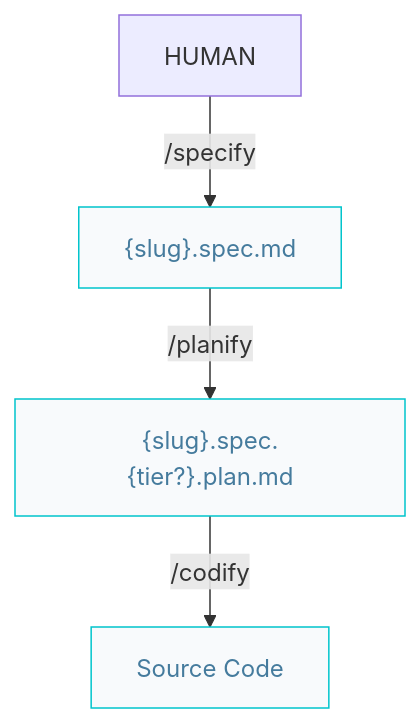
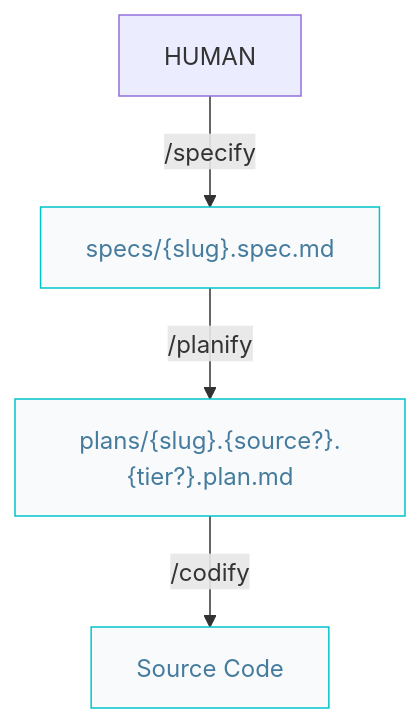
The first of 2 diagrams in docs/builder.pipelines.md (AIDDbot/AIDDbot), drawn with Mermaid before and after one commit. The commit also changed other lines of this file and 13 other files, not shown here.

````diff
--- a/docs/builder.pipelines.md
+++ b/docs/builder.pipelines.md
@@ -5,13 +7,13 @@
 ```mermaid
 flowchart TD  
   HUM[HUMAN]
-  SPC["{slug}.spec.md"]:::nd
-  PLN["{slug}.spec.{tier?}.plan.md"]:::nd
+  SPC["specs/{slug}.spec.md"]:::nd
+  PLN["plans/{slug}.{source?}.{tier?}.plan.md"]:::nd
   COD[Source Code]:::nd
 
   HUM -->|/specify| SPC
   SPC -->|/planify| PLN
   PLN -->|/codify| COD
 
   classDef nd fill:#f8fafc,stroke:#00c4cc,color:#457b9d
 ```
````
